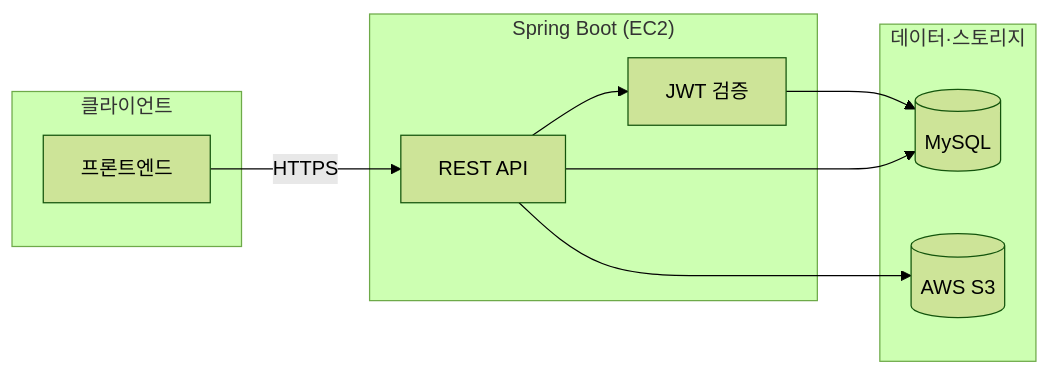
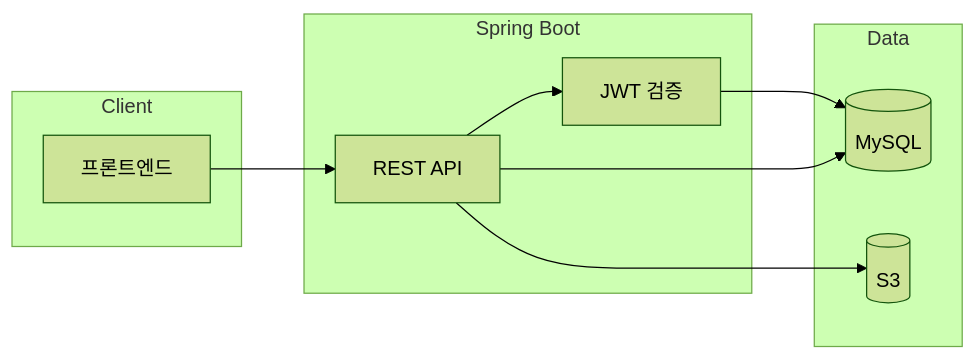
The first of 6 diagrams in README.md (jinhyuk9714/memory_of_year), drawn with Mermaid (forest theme) before and after one commit. The commit also changed other lines of this file and 22 other files, not shown here.

````diff
--- a/README.md
+++ b/README.md
@@ -43,22 +124,19 @@
 ```mermaid
 flowchart LR
-    subgraph Client["클라이언트"]
+    subgraph Client
         FE[프론트엔드]
     end
-
-    subgraph Backend["Spring Boot (EC2)"]
+    subgraph Backend["Spring Boot"]
         API[REST API]
         JWT[JWT 검증]
         API --> JWT
     end
-
-    subgraph Data["데이터·스토리지"]
+    subgraph Data
         MySQL[(MySQL)]
-        S3[(AWS S3)]
+        S3[(S3)]
     end
-
-    FE -->|"HTTPS"| API
+    FE --> API
     JWT --> MySQL
     API --> MySQL
     API --> S3
 ```
````
